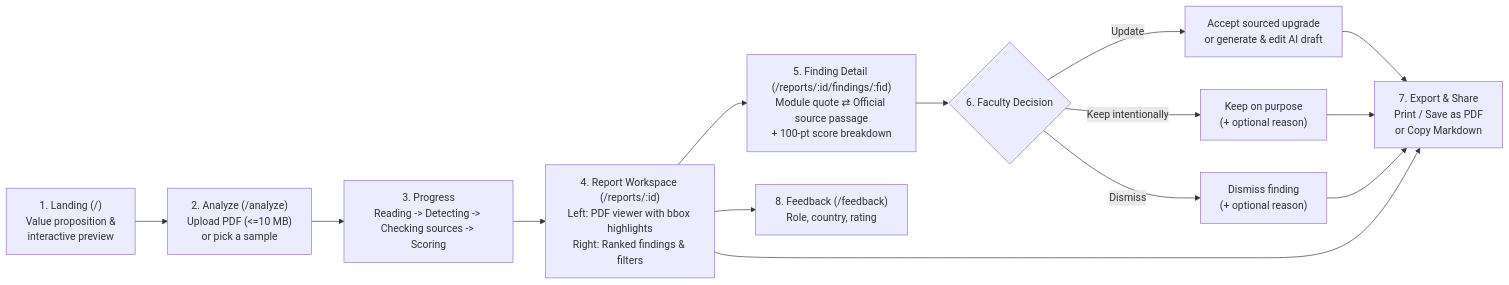
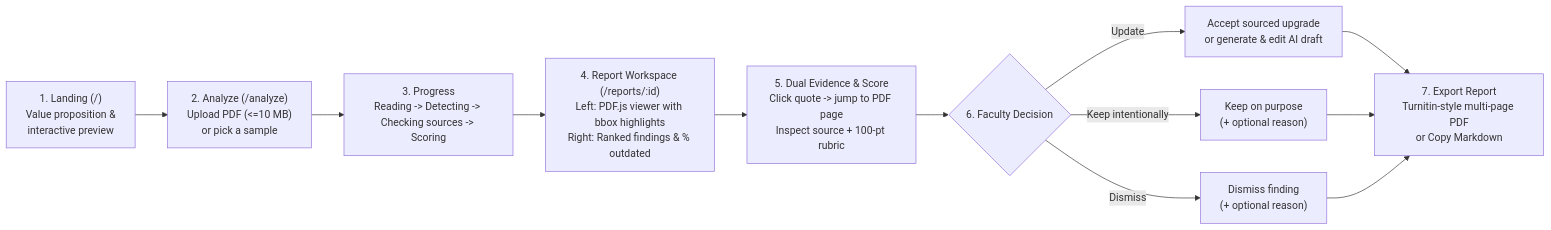
The first of 4 diagrams in docs/user-flow.md (educ-jkescritor/GroundEd), drawn with Mermaid before and after one commit. The commit also changed other lines of this file and 7 other files, not shown here.

First line of the commit message:
docs: refresh README, architecture, API examples and user flows

````diff
--- a/docs/user-flow.md
+++ b/docs/user-flow.md
@@ -9,14 +9,12 @@
 ```mermaid
 flowchart LR
     L["1. Landing (/)<br/>Value proposition &<br/>interactive preview"] --> A["2. Analyze (/analyze)<br/>Upload PDF (<=10 MB)<br/>or pick a sample"]
     A --> P["3. Progress<br/>Reading -> Detecting -> <br/>Checking sources -> Scoring"]
-    P --> R["4. Report Workspace (/reports/:id)<br/>Left: PDF viewer with bbox highlights<br/>Right: Ranked findings & filters"]
-    R --> FD["5. Finding Detail (/reports/:id/findings/:fid)<br/>Module quote ⇄ Official source passage<br/>+ 100-pt score breakdown"]
-    FD --> D{"6. Faculty Decision"}
+    P --> R["4. Report Workspace (/reports/:id)<br/>Left: PDF.js viewer with bbox highlights<br/>Right: Ranked findings & % outdated"]
+    R --> EV["5. Dual Evidence & Score<br/>Click quote -> jump to PDF page<br/>Inspect source + 100-pt rubric"]
+    EV --> D{"6. Faculty Decision"}
     D -->|"Update"| U["Accept sourced upgrade<br/>or generate & edit AI draft"]
     D -->|"Keep intentionally"| K["Keep on purpose<br/>(+ optional reason)"]
     D -->|"Dismiss"| X["Dismiss finding<br/>(+ optional reason)"]
-    U & K & X --> E["7. Export & Share<br/>Print / Save as PDF<br/>or Copy Markdown"]
-    R --> E
-    R --> FB["8. Feedback (/feedback)<br/>Role, country, rating"]
+    U & K & X --> E["7. Export Report<br/>Turnitin-style multi-page PDF<br/>or Copy Markdown"]
 ```
````
